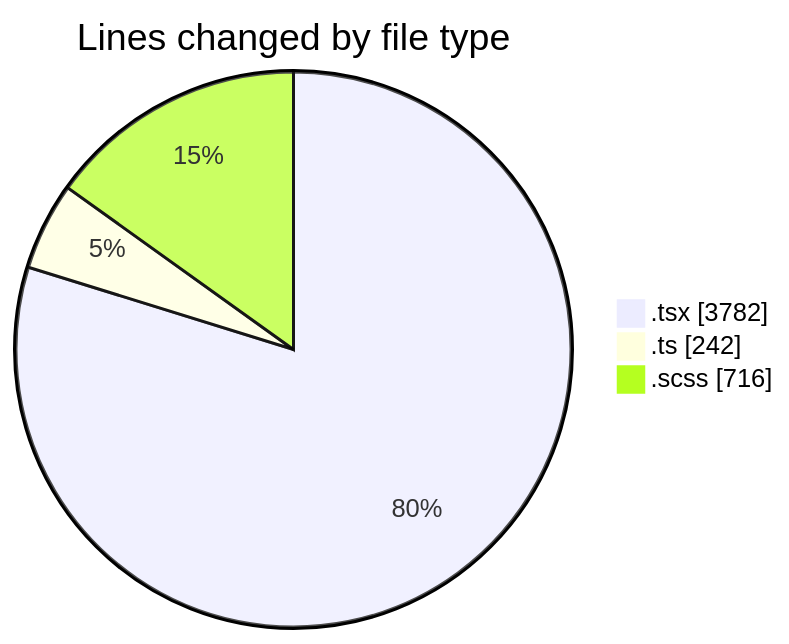
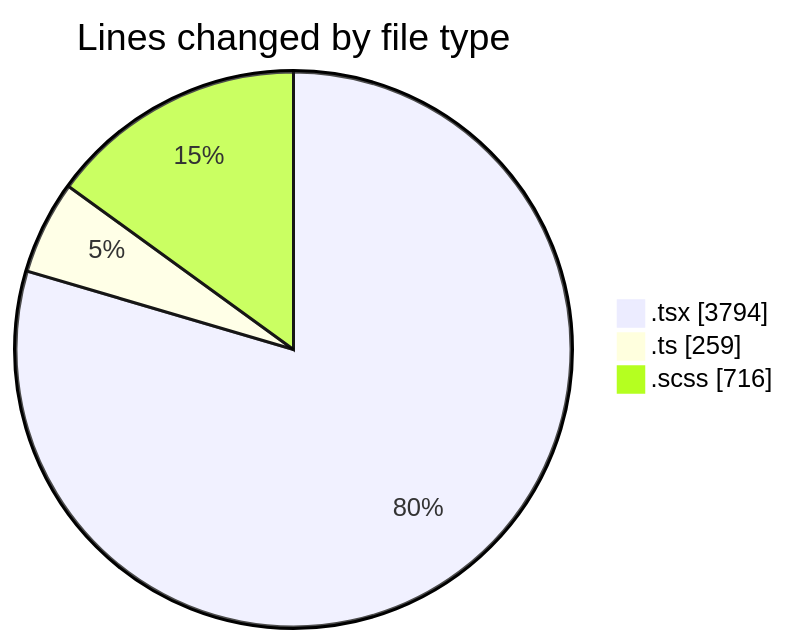
Before and after one commit to momahboobian/code-tracking: the first of 2 diagrams in 2025-09-15/cda/README.md, drawn with Mermaid. The commit also changed other lines of this file and 1 other file, not shown here.

````diff
--- a/2025-09-15/cda/README.md
+++ b/2025-09-15/cda/README.md
@@ -26,7 +26,7 @@
 ```mermaid
 pie showData
 title Lines changed by file type
-".tsx" : 3782
-".ts" : 242
+".tsx" : 3794
+".ts" : 259
 ".scss" : 716
 ```
````
